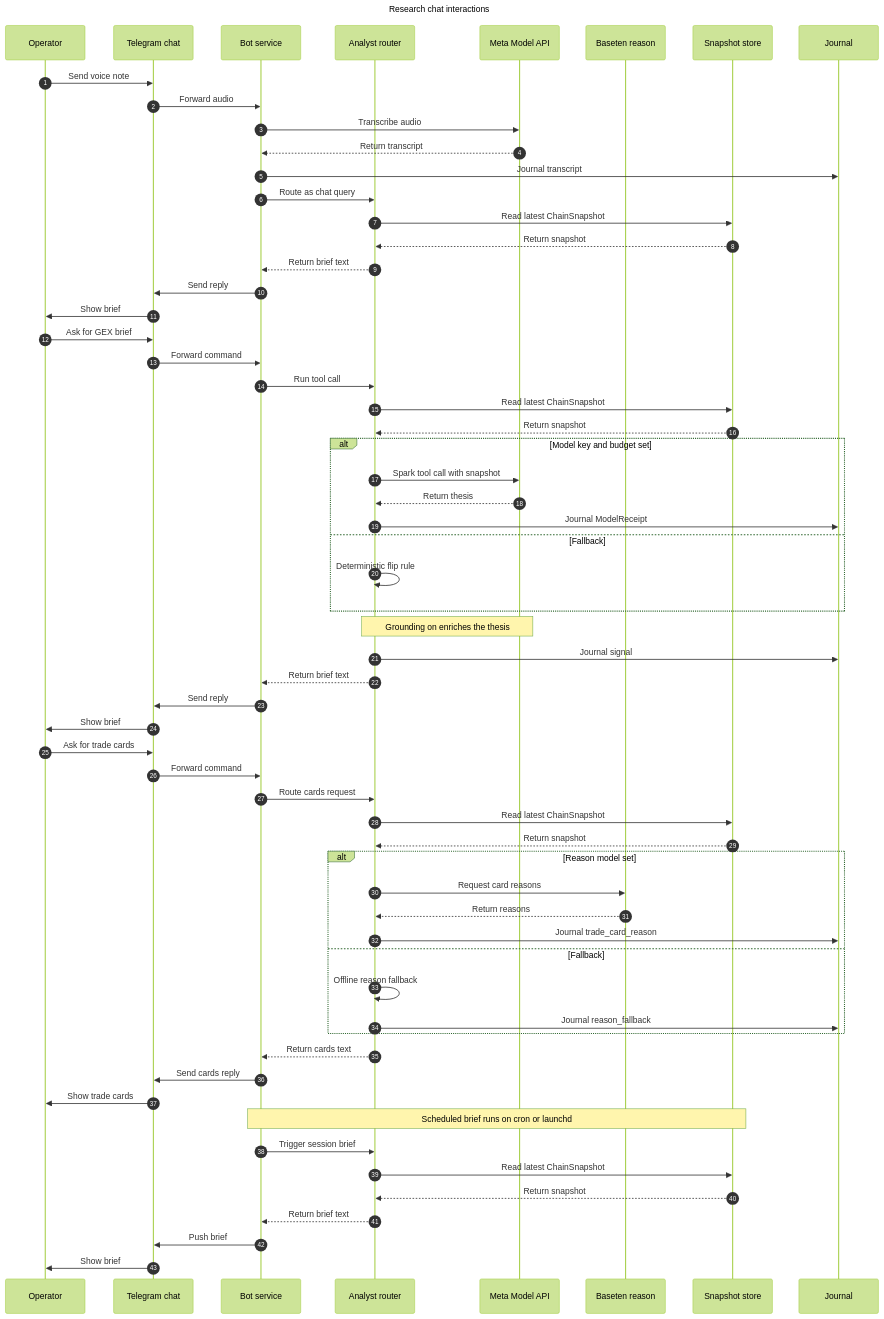
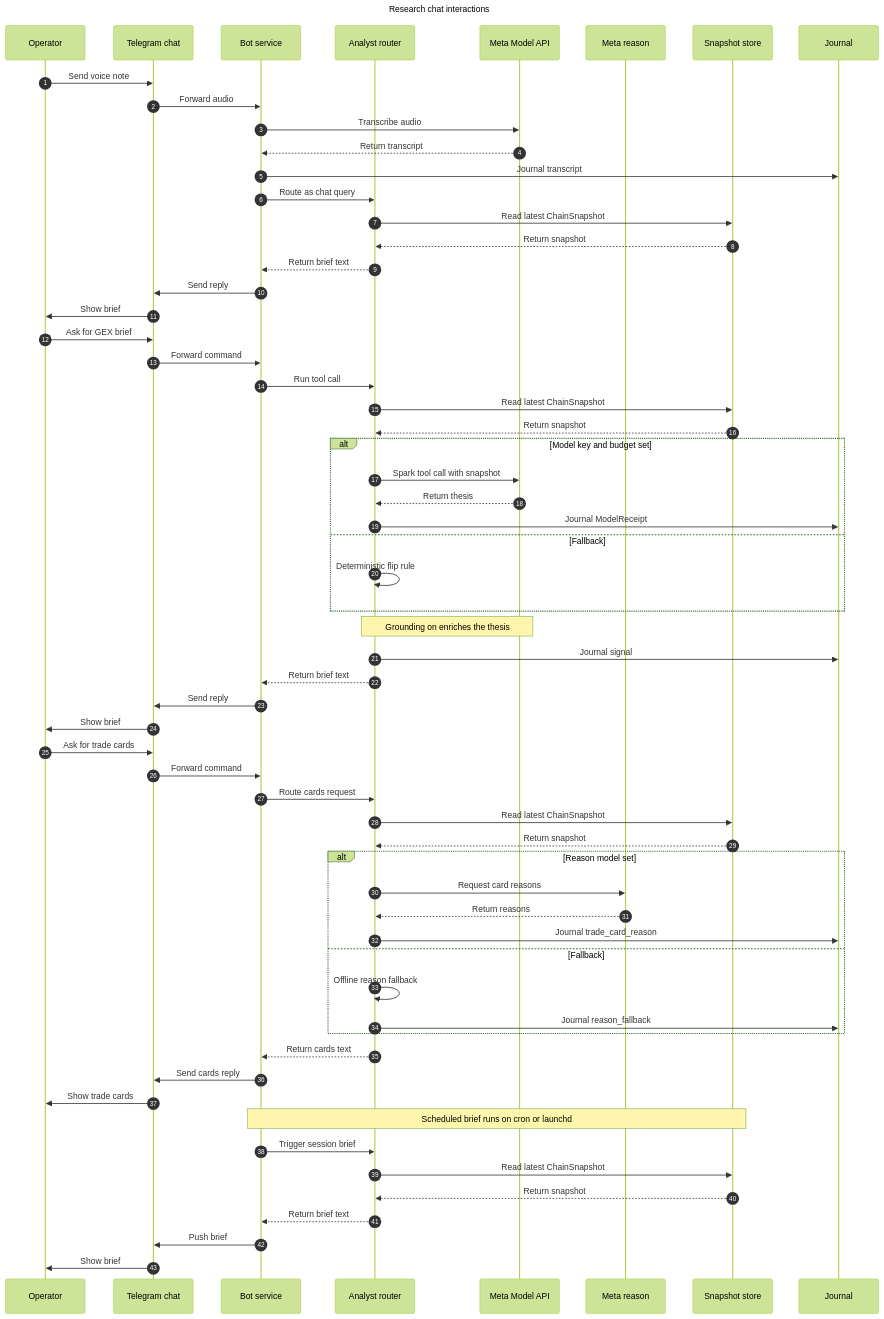
The diagram in diagrams/03-research-chat.mmd (oherna25/trading_bot_project), drawn with Mermaid (forest theme) before and after one commit. The commit also changed 31 other files, not shown here.

First line of the commit message:
Paper trading sessions, chart/board pages, router, alerts, earnings, replay

```diff
--- a/diagrams/03-research-chat.mmd
+++ b/diagrams/03-research-chat.mmd
@@ -1,68 +1,68 @@
 ---
 title: Research chat interactions
 ---
 sequenceDiagram
     autonumber
     participant U as Operator
     participant T as Telegram chat
     participant B as Bot service
     participant A as Analyst router
     participant M as Meta Model API
-    participant R as Baseten reason
+    participant R as Meta reason
     participant S as Snapshot store
     participant J as Journal
 
     U->>T: Send voice note
     T->>B: Forward audio
     B->>M: Transcribe audio
     M-->>B: Return transcript
     B->>J: Journal transcript
     B->>A: Route as chat query
     A->>S: Read latest ChainSnapshot
     S-->>A: Return snapshot
     A-->>B: Return brief text
     B->>T: Send reply
     T->>U: Show brief
 
     U->>T: Ask for GEX brief
     T->>B: Forward command
     B->>A: Run tool call
     A->>S: Read latest ChainSnapshot
     S-->>A: Return snapshot
     alt Model key and budget set
         A->>M: Spark tool call with snapshot
         M-->>A: Return thesis
         A->>J: Journal ModelReceipt
     else Fallback
         A->>A: Deterministic flip rule
     end
     Note over A,M: Grounding on enriches the thesis
     A->>J: Journal signal
     A-->>B: Return brief text
     B->>T: Send reply
     T->>U: Show brief
 
     U->>T: Ask for trade cards
     T->>B: Forward command
     B->>A: Route cards request
     A->>S: Read latest ChainSnapshot
     S-->>A: Return snapshot
     alt Reason model set
         A->>R: Request card reasons
         R-->>A: Return reasons
         A->>J: Journal trade_card_reason
     else Fallback
         A->>A: Offline reason fallback
         A->>J: Journal reason_fallback
     end
     A-->>B: Return cards text
     B->>T: Send cards reply
     T->>U: Show trade cards
 
     Note over B,S: Scheduled brief runs on cron or launchd
     B->>A: Trigger session brief
     A->>S: Read latest ChainSnapshot
     S-->>A: Return snapshot
     A-->>B: Return brief text
     B->>T: Push brief
     T->>U: Show brief
```
